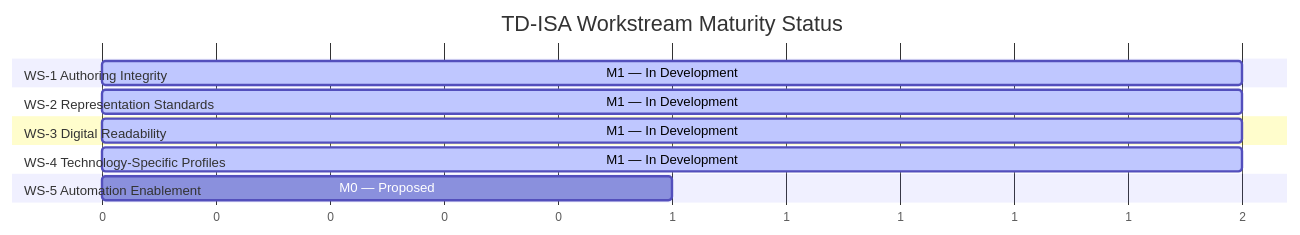
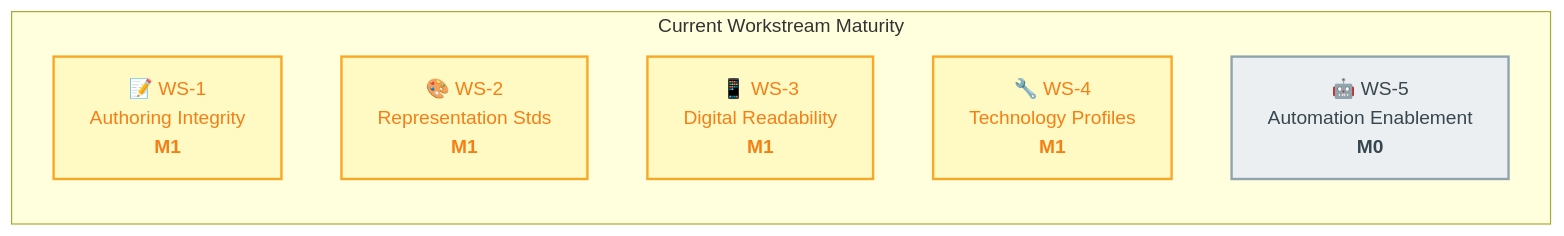
Before and after one commit to AmedeoPelliccia/AmedeoPelliccia: diagram 11 of 11 in ESSA/TD-ISA.md, drawn with Mermaid. The commit also changed other lines of this file, not shown here.

Commit message:
fix: address review feedback — clarify badge text, replace Gantt with status graph, use compatible Mermaid syntax
Agent-Logs-Url: https://github.com/AmedeoPelliccia/AmedeoPelliccia/sessions/116306fb-b702-49d1-9577-e04a7e6a444f

````diff
--- a/ESSA/TD-ISA.md
+++ b/ESSA/TD-ISA.md
@@ -1303,21 +1304,16 @@
 ```mermaid
-gantt
-    title TD-ISA Workstream Maturity Status
-    dateFormat X
-    axisFormat %s
+graph LR
+    subgraph STATUS ["Current Workstream Maturity"]
+        WS1_S["📝 WS-1<br/>Authoring Integrity<br/><b>M1</b>"]
+        WS2_S["🎨 WS-2<br/>Representation Stds<br/><b>M1</b>"]
+        WS3_S["📱 WS-3<br/>Digital Readability<br/><b>M1</b>"]
+        WS4_S["🔧 WS-4<br/>Technology Profiles<br/><b>M1</b>"]
+        WS5_S["🤖 WS-5<br/>Automation Enablement<br/><b>M0</b>"]
+    end
 
-    section WS-1 Authoring Integrity
-    M1 — In Development :active, ws1, 0, 2
-
-    section WS-2 Representation Standards
-    M1 — In Development :active, ws2, 0, 2
-
-    section WS-3 Digital Readability
-    M1 — In Development :active, ws3, 0, 2
-
-    section WS-4 Technology-Specific Profiles
-    M1 — In Development :active, ws4, 0, 2
-
-    section WS-5 Automation Enablement
-    M0 — Proposed :ws5, 0, 1
+    style WS1_S fill:#fff9c4,stroke:#f9a825,color:#f57f17,stroke-width:2px
+    style WS2_S fill:#fff9c4,stroke:#f9a825,color:#f57f17,stroke-width:2px
+    style WS3_S fill:#fff9c4,stroke:#f9a825,color:#f57f17,stroke-width:2px
+    style WS4_S fill:#fff9c4,stroke:#f9a825,color:#f57f17,stroke-width:2px
+    style WS5_S fill:#eceff1,stroke:#90a4ae,color:#37474f,stroke-width:2px
 ```
````
